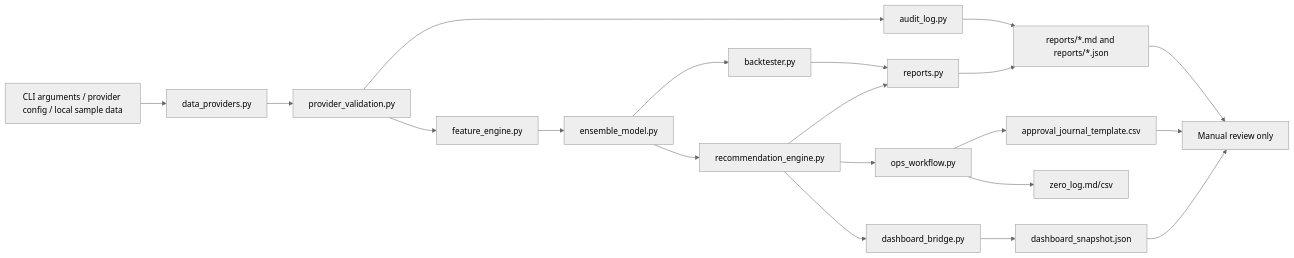
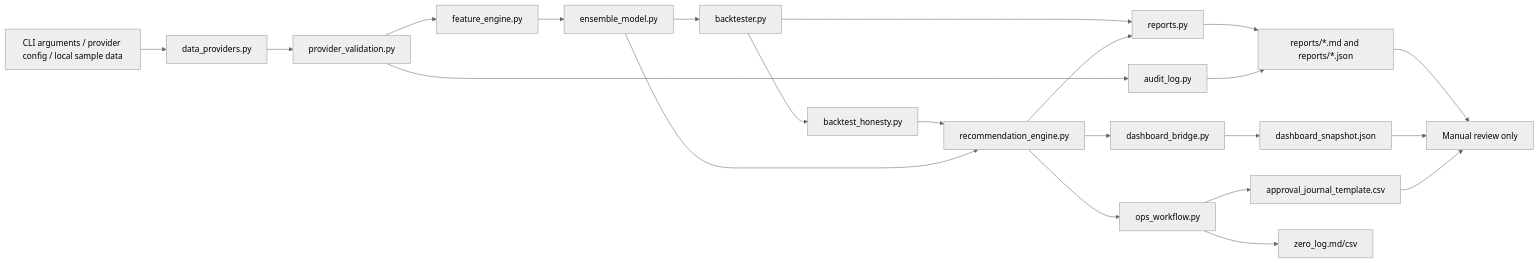
The second of 5 diagrams in docs/SYSTEM_ARCHITECTURE.md (macho715/stock_hermes), drawn with Mermaid (neutral theme) before and after one commit. The commit also changed other lines of this file and 326 other files, not shown here.

````diff
--- a/docs/SYSTEM_ARCHITECTURE.md
+++ b/docs/SYSTEM_ARCHITECTURE.md
@@ -48,22 +51,24 @@
 ```mermaid
 flowchart LR
     Input[CLI arguments / provider config / local sample data] --> Provider[data_providers.py]
     Provider --> Gate[provider_validation.py]
     Gate --> Audit[audit_log.py]
     Gate --> Features[feature_engine.py]
     Features --> Model[ensemble_model.py]
     Model --> Backtest[backtester.py]
+    Backtest --> Honesty[backtest_honesty.py]
+    Honesty --> Recommendation[recommendation_engine.py]
     Model --> Recommendation[recommendation_engine.py]
     Backtest --> ReportWriter[reports.py]
     Recommendation --> ReportWriter
     Recommendation --> OpsWorkflow[ops_workflow.py]
     Recommendation --> DashboardBridge[dashboard_bridge.py]
     ReportWriter --> Reports[reports/*.md and reports/*.json]
     DashboardBridge --> Snapshot[dashboard_snapshot.json]
     OpsWorkflow --> Approval[approval_journal_template.csv]
     OpsWorkflow --> ZeroLog[zero_log.md/csv]
     Audit --> Reports
     Reports --> HumanReview[Manual review only]
     Snapshot --> HumanReview
     Approval --> HumanReview
 ```
````
